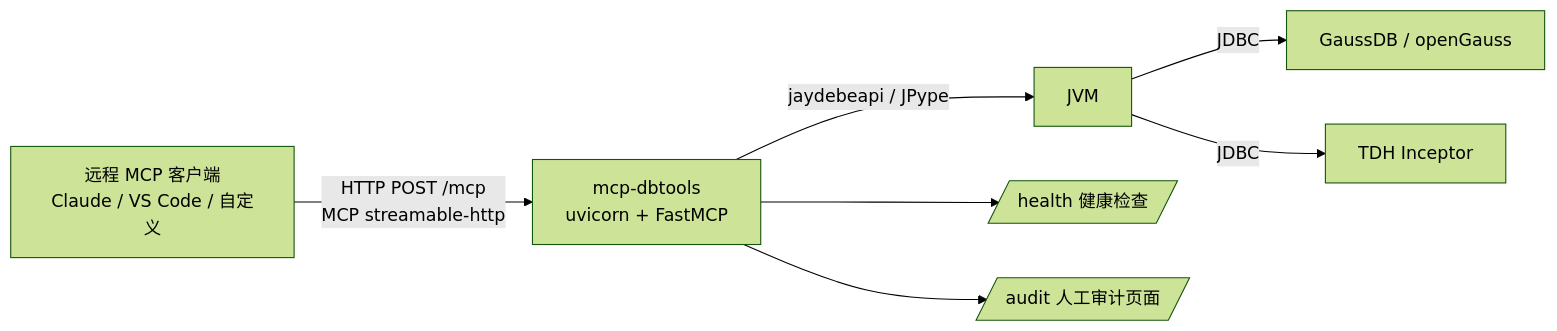
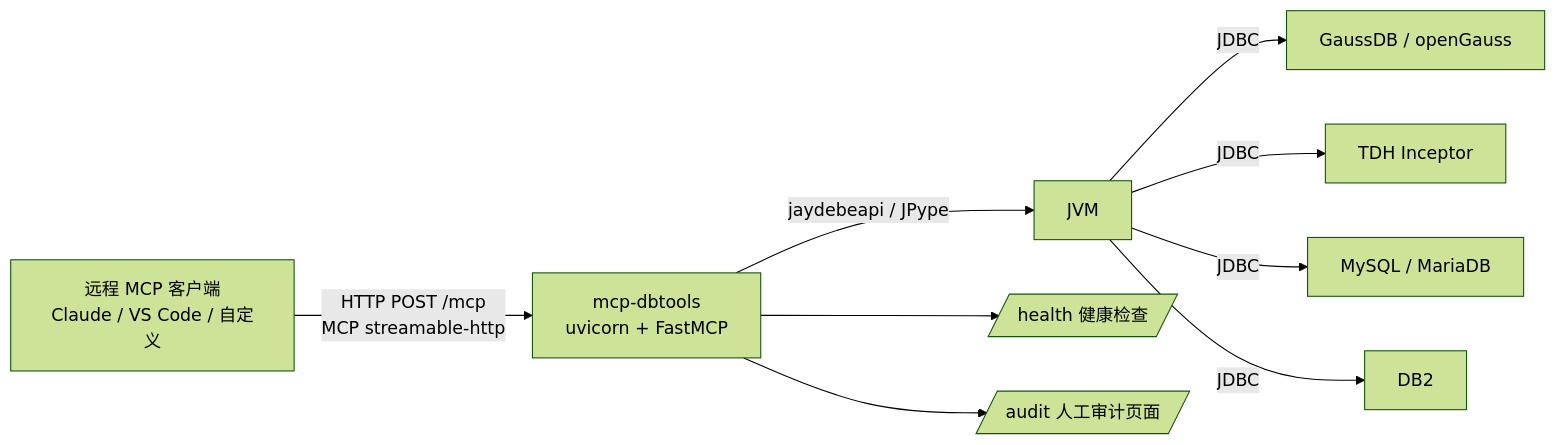
One commit to livebug/mcp-dbtools changed the diagram in docs/使用说明.md. Above: the diagram before and after it, drawn with Mermaid (forest theme). The commit also changed other lines of this file and 5 other files, not shown here.

````diff
--- a/docs/使用说明.md
+++ b/docs/使用说明.md
@@ -30,9 +30,11 @@
 ```mermaid
 flowchart LR
     C[远程 MCP 客户端<br/>Claude / VS Code / 自定义] -- "HTTP POST /mcp<br/>MCP streamable-http" --> S[mcp-dbtools<br/>uvicorn + FastMCP]
     S -- jaydebeapi / JPype --> J[JVM]
     J -- "JDBC" --> G[GaussDB / openGauss]
     J -- "JDBC" --> T[TDH Inceptor]
+    J -- "JDBC" --> M[MySQL / MariaDB]
+    J -- "JDBC" --> D[DB2]
     S --> H[/health 健康检查/]
     S --> A[/audit 人工审计页面/]
 ```
````
